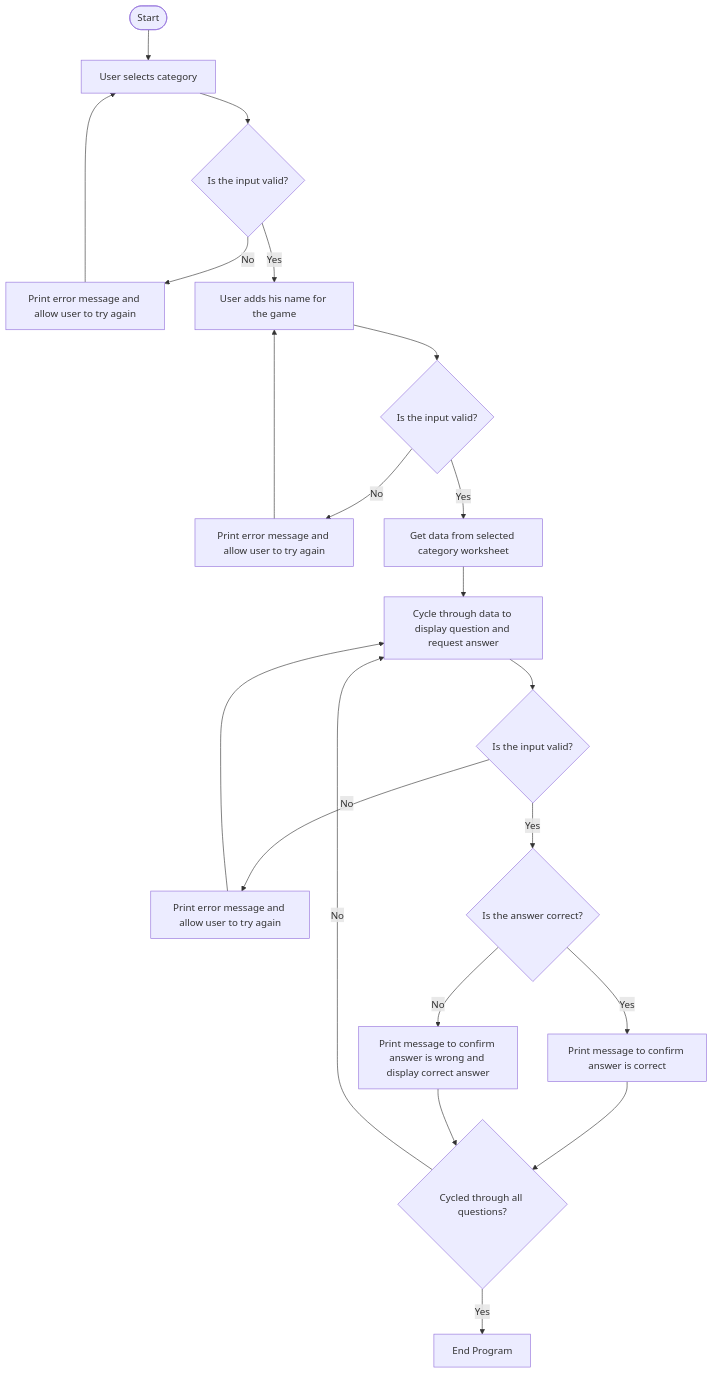
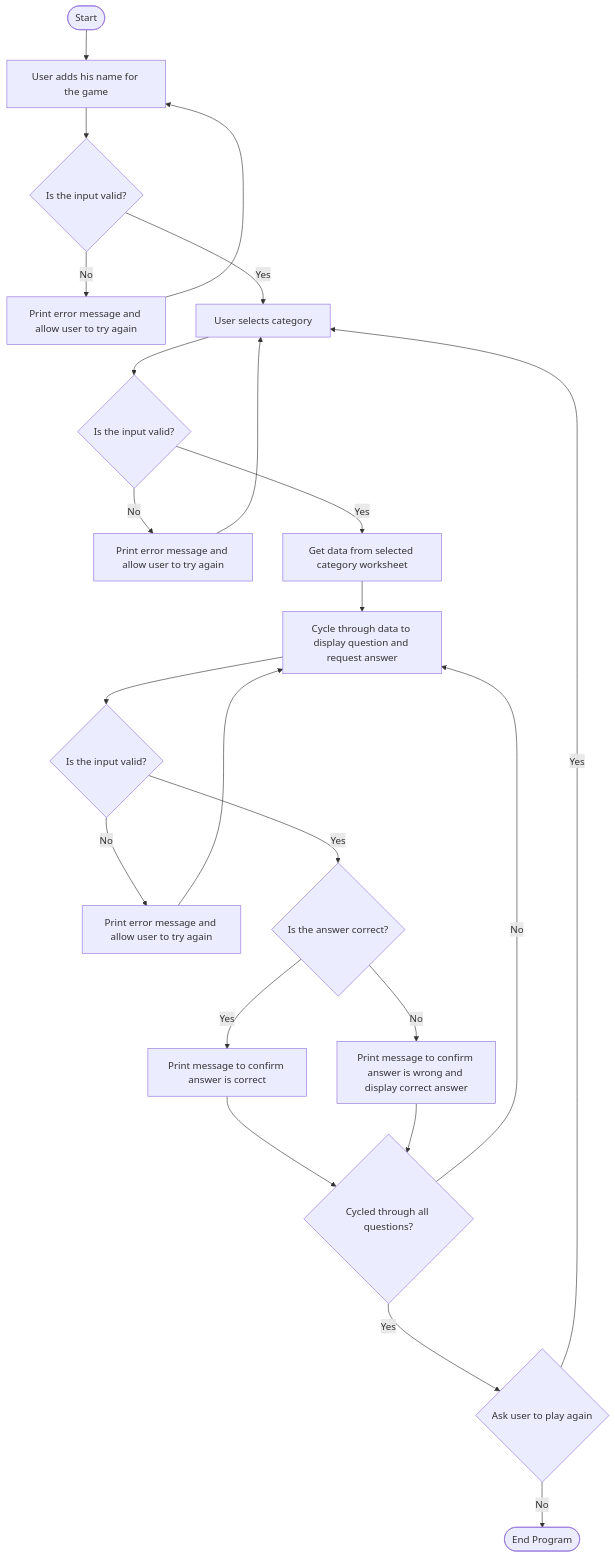
Before and after one commit to Gary-Burke/quizmaster: the diagram in README.md, drawn with Mermaid. The commit also changed other lines of this file and 1 other file, not shown here.

Commit message:
Update flow and flowchart with new_game function

````diff
--- a/README.md
+++ b/README.md
@@ -115,23 +117,25 @@
 ```mermaid
 flowchart TD
-    A([Start]) --> B[User selects category]
+    A([Start]) --> B[User adds his name for the game]
     B --> C{Is the input valid?}
     C -- No --> D[Print error message and allow user to try again]
     D --> B
-    C -- Yes --> E[User adds his name for the game]
+    C -- Yes --> E[User selects category]
     E --> F{Is the input valid?}
     F -- No --> G[Print error message and allow user to try again]
     G --> E
     F -- Yes --> H[Get data from selected category worksheet]
     H --> I[Cycle through data to display question and request answer]
     I --> J{Is the input valid?}
     J -- No --> K[Print error message and allow user to try again]
     K --> I
     J -- Yes --> L{Is the answer correct?}
     L -- Yes --> M[Print message to confirm answer is correct]
     L -- No --> N[Print message to confirm answer is wrong and display correct answer]
     M --> O{Cycled through all questions?}
     N --> O
     O -- No --> I
-    O -- Yes --> P[End Program]
+    O -- Yes --> P{Ask user to play again}
+    P -- Yes --> E
+    P -- No --> Q([End Program])
 ```
````
